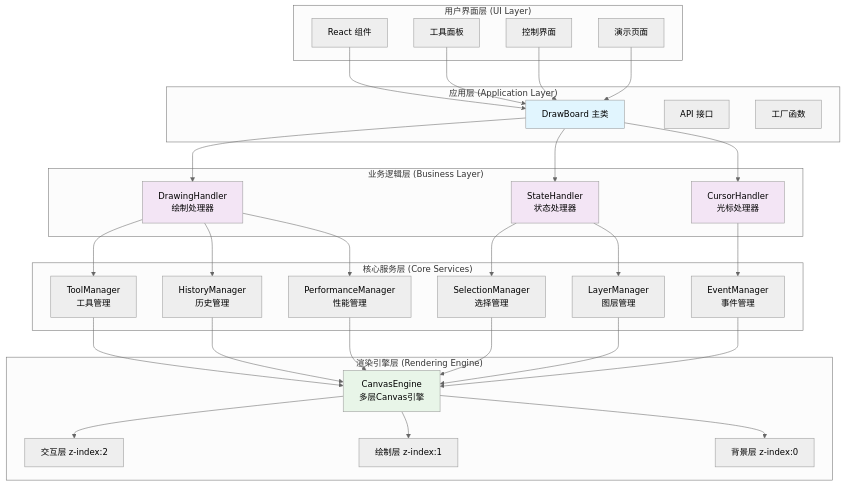
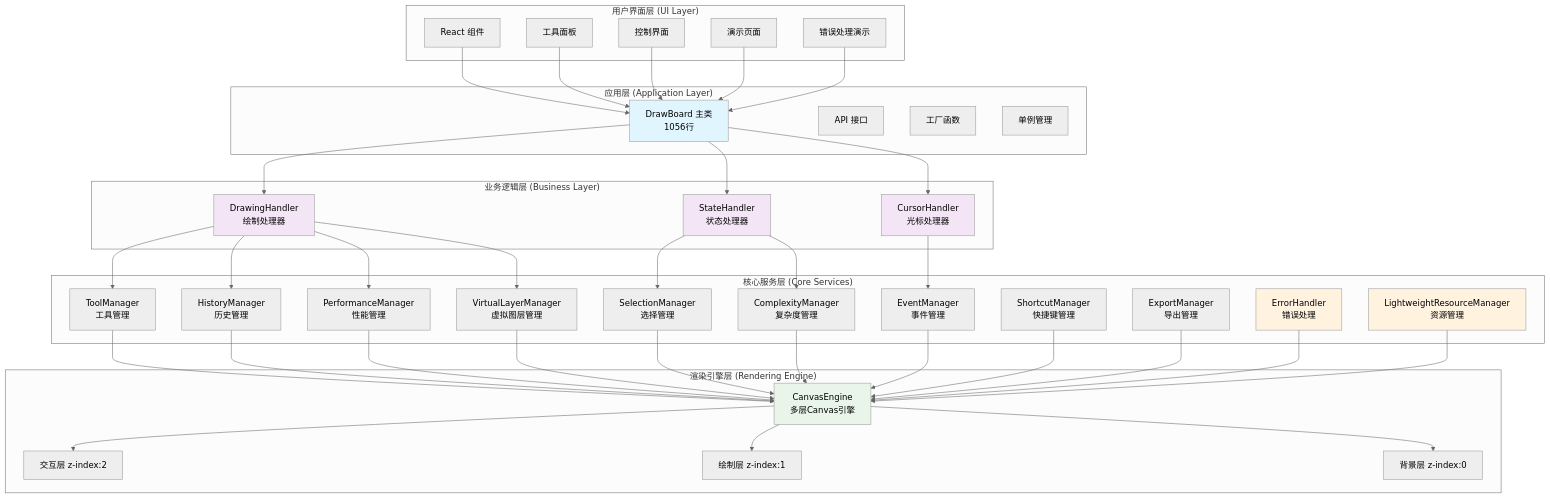
Before and after one commit to wuminghaozhan/drawBoard: the diagram in docs/UML设计图/01_整体架构图.md, drawn with Mermaid (neutral theme). The commit also changed other lines of this file and 10 other files, not shown here.

````diff
--- a/docs/UML设计图/01_整体架构图.md
+++ b/docs/UML设计图/01_整体架构图.md
@@ -11,12 +11,14 @@
         UI2[工具面板]
         UI3[控制界面]
         UI4[演示页面]
+        UI5[错误处理演示]
     end
     
     subgraph "应用层 (Application Layer)"
-        APP1[DrawBoard 主类]
+        APP1[DrawBoard 主类<br/>1056行]
         APP2[API 接口]
         APP3[工厂函数]
+        APP4[单例管理]
     end
     
     subgraph "业务逻辑层 (Business Layer)"
@@ -31,7 +33,12 @@
         CS3[HistoryManager<br/>历史管理]
         CS4[PerformanceManager<br/>性能管理]
         CS5[SelectionManager<br/>选择管理]
-        CS6[LayerManager<br/>图层管理]
+        CS6[VirtualLayerManager<br/>虚拟图层管理]
+        CS7[ComplexityManager<br/>复杂度管理]
+        CS8[ShortcutManager<br/>快捷键管理]
+        CS9[ExportManager<br/>导出管理]
+        CS10[ErrorHandler<br/>错误处理]
+        CS11[LightweightResourceManager<br/>资源管理]
     end
     
     subgraph "渲染引擎层 (Rendering Engine)"
@@ -45,6 +52,7 @@
     UI2 --> APP1
     UI3 --> APP1
     UI4 --> APP1
+    UI5 --> APP1
     
     APP1 --> BL1
     APP1 --> BL2
@@ -53,8 +61,9 @@
     BL1 --> CS1
     BL1 --> CS3
     BL1 --> CS4
+    BL1 --> CS6
     BL2 --> CS5
-    BL2 --> CS6
+    BL2 --> CS7
     BL3 --> CS2
     
     CS1 --> RE1
@@ -63,6 +72,11 @@
     CS4 --> RE1
     CS5 --> RE1
     CS6 --> RE1
+    CS7 --> RE1
+    CS8 --> RE1
+    CS9 --> RE1
+    CS10 --> RE1
+    CS11 --> RE1
     
     RE1 --> RE2
     RE1 --> RE3
@@ -73,4 +87,6 @@
     style BL2 fill:#f3e5f5
     style BL3 fill:#f3e5f5
     style RE1 fill:#e8f5e8
+    style CS10 fill:#fff3e0
+    style CS11 fill:#fff3e0
 ```
````
